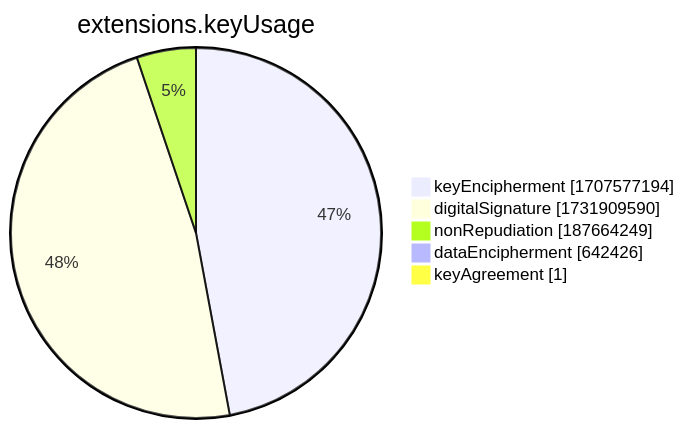
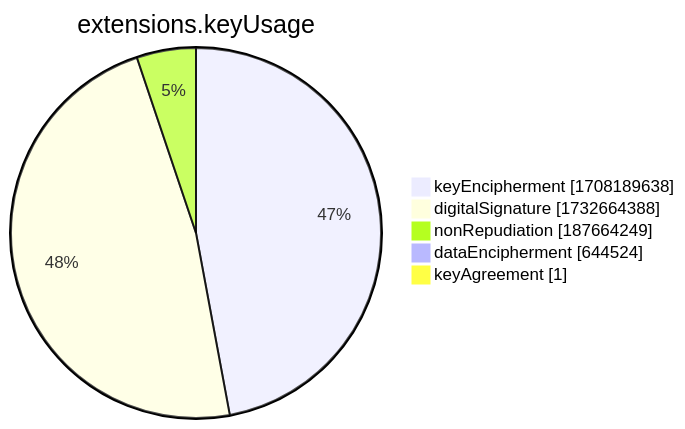
Before and after one commit to christiankrug/ctmonitor_visualization: the seventh of 15 diagrams in xenon2022/README.md, drawn with Mermaid. The commit also changed other lines of this file, not shown here.

````diff
--- a/xenon2022/README.md
+++ b/xenon2022/README.md
@@ -2858,9 +2858,9 @@
 ```mermaid
 pie showData
 title extensions.keyUsage
-"keyEncipherment" :1707577194
-"digitalSignature" :1731909590
+"keyEncipherment" :1708189638
+"digitalSignature" :1732664388
 "nonRepudiation" :187664249
-"dataEncipherment" :642426
+"dataEncipherment" :644524
 "keyAgreement" :1
 ```
````
